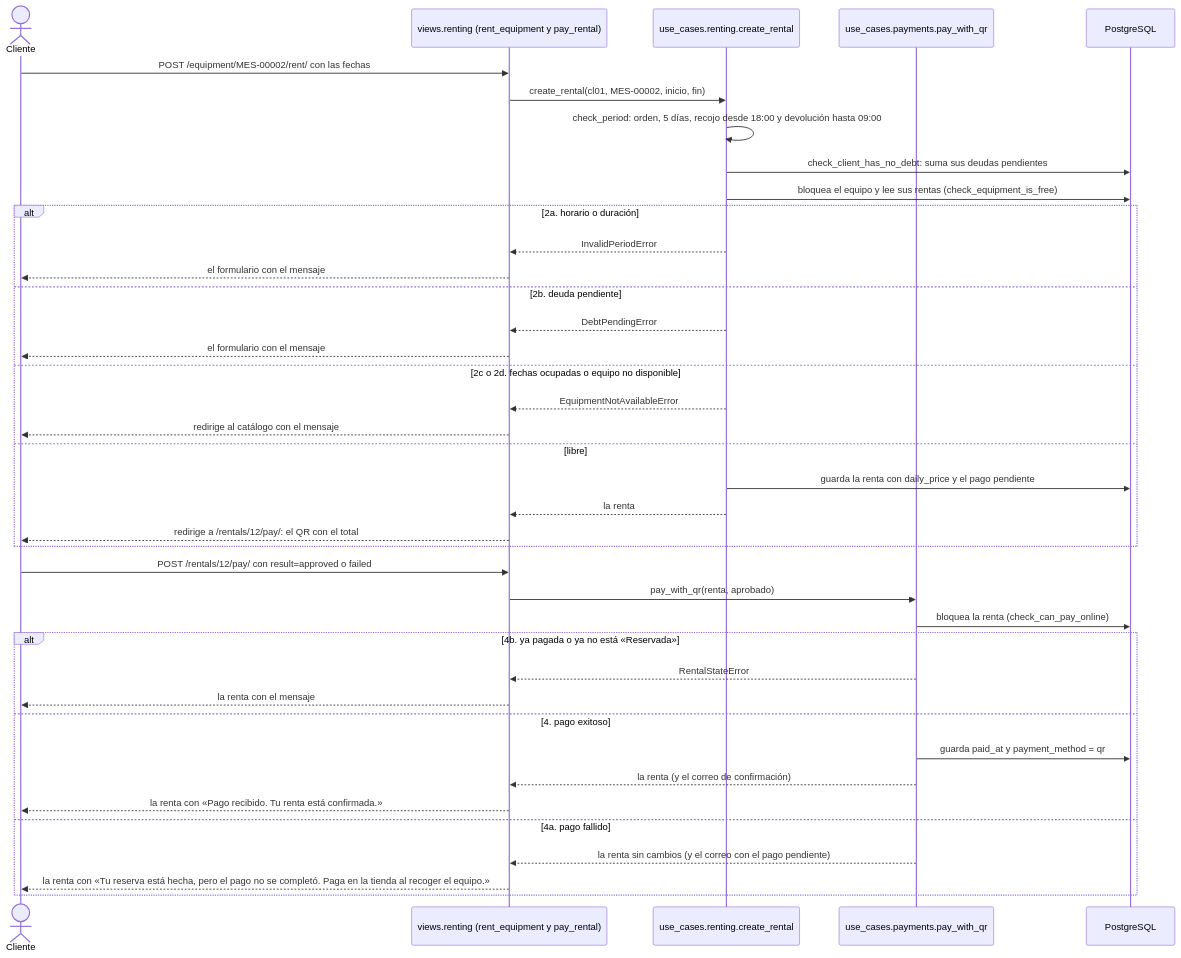
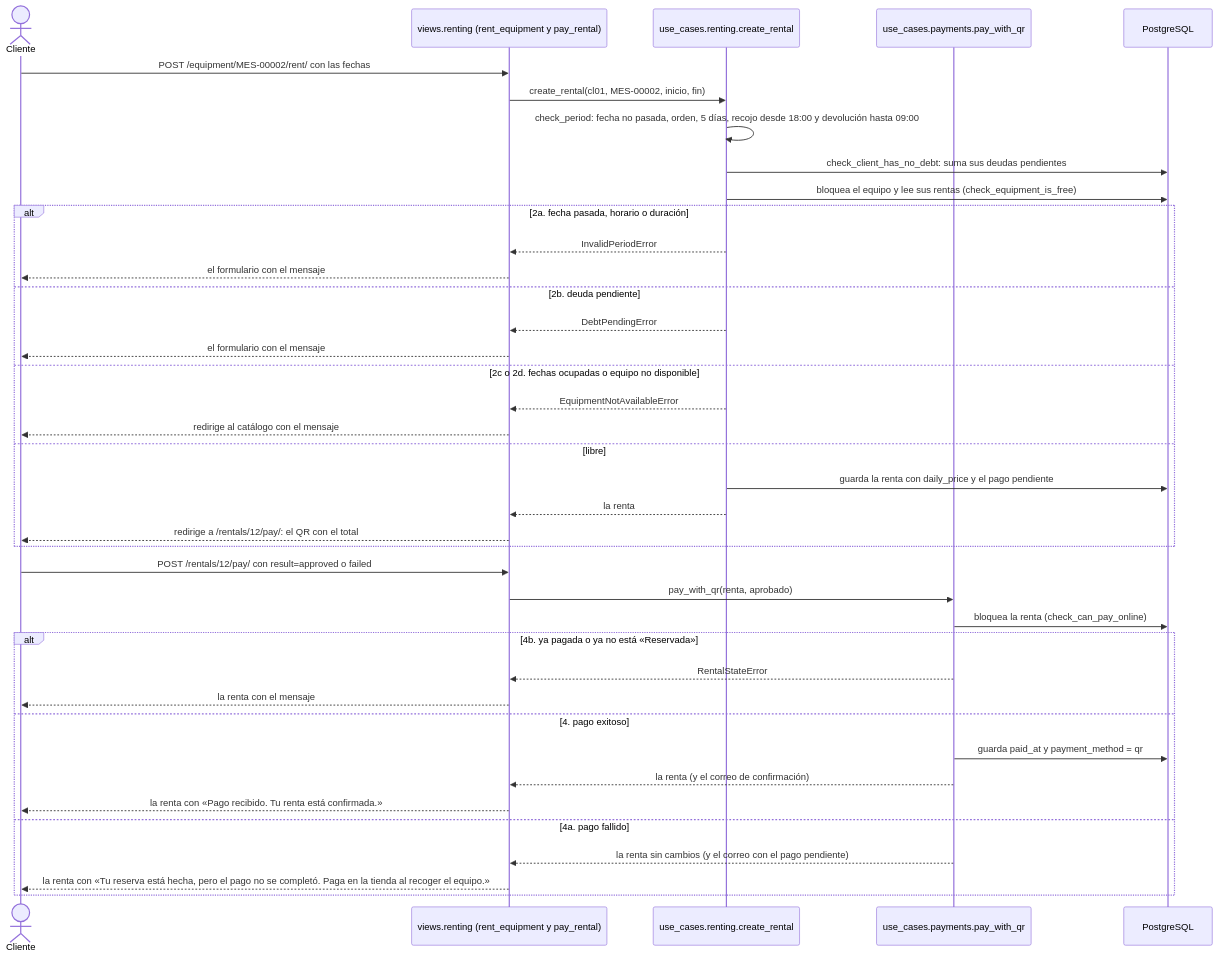
Before and after one commit to peterteranb/astra-rent-system: the fifth of 20 diagrams in docs/casos-de-uso.md, drawn with Mermaid. The commit also changed other lines of this file and 6 other files, not shown here.

````diff
--- a/docs/casos-de-uso.md
+++ b/docs/casos-de-uso.md
@@ -263,41 +264,41 @@
 ```mermaid
 sequenceDiagram
     actor C as Cliente
     participant V as views.renting (rent_equipment y pay_rental)
     participant R as use_cases.renting.create_rental
     participant P as use_cases.payments.pay_with_qr
     participant BD as PostgreSQL
     C->>V: POST /equipment/MES-00002/rent/ con las fechas
     V->>R: create_rental(cl01, MES-00002, inicio, fin)
-    R->>R: check_period: orden, 5 días, recojo desde 18:00 y devolución hasta 09:00
+    R->>R: check_period: fecha no pasada, orden, 5 días, recojo desde 18:00 y devolución hasta 09:00
     R->>BD: check_client_has_no_debt: suma sus deudas pendientes
     R->>BD: bloquea el equipo y lee sus rentas (check_equipment_is_free)
-    alt 2a. horario o duración
+    alt 2a. fecha pasada, horario o duración
         R-->>V: InvalidPeriodError
         V-->>C: el formulario con el mensaje
     else 2b. deuda pendiente
         R-->>V: DebtPendingError
         V-->>C: el formulario con el mensaje
     else 2c o 2d. fechas ocupadas o equipo no disponible
         R-->>V: EquipmentNotAvailableError
         V-->>C: redirige al catálogo con el mensaje
     else libre
         R->>BD: guarda la renta con daily_price y el pago pendiente
         R-->>V: la renta
         V-->>C: redirige a /rentals/12/pay/: el QR con el total
     end
     C->>V: POST /rentals/12/pay/ con result=approved o failed
     V->>P: pay_with_qr(renta, aprobado)
     P->>BD: bloquea la renta (check_can_pay_online)
     alt 4b. ya pagada o ya no está «Reservada»
         P-->>V: RentalStateError
         V-->>C: la renta con el mensaje
     else 4. pago exitoso
         P->>BD: guarda paid_at y payment_method = qr
         P-->>V: la renta (y el correo de confirmación)
         V-->>C: la renta con «Pago recibido. Tu renta está confirmada.»
     else 4a. pago fallido
         P-->>V: la renta sin cambios (y el correo con el pago pendiente)
         V-->>C: la renta con «Tu reserva está hecha, pero el pago no se completó. Paga en la tienda al recoger el equipo.»
     end
 ```
````
